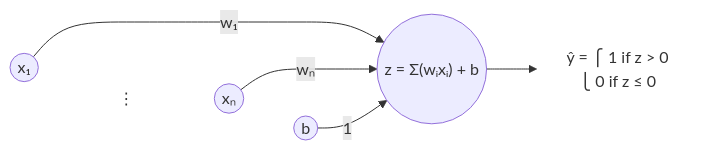
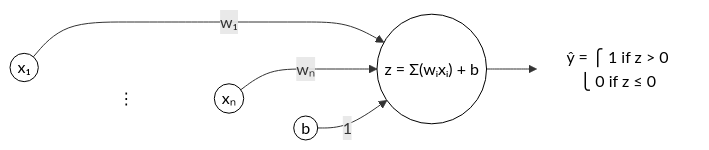
One commit to Ben-coder1/CMOR-438 changed the diagram in notebooks_and_data/perceptron/readme.md. Above: the diagram before and after it, drawn with Mermaid.

````diff
--- a/notebooks_and_data/perceptron/readme.md
+++ b/notebooks_and_data/perceptron/readme.md
@@ -39,28 +39,28 @@
 ```mermaid
 flowchart LR
-    %% Define a style for nodes without borders/backgrounds
-    classDef plain fill:none,stroke:none,shadow:none;
+    classDef tikzNode fill:#fff,stroke:#000,stroke-width:1px,color:#000;
+    classDef tikzText fill:none,stroke:none,color:#000;
 
-    %% Nodes
-    x1(("x₁"))
-    xn(("xₙ"))
-    b(("b"))
+    %% Input Nodes
+    x1((x₁)):::tikzNode
+    xn((xₙ)):::tikzNode
+    b((b)):::tikzNode
     
-    %% The ellipsis (⋮) uses the 'plain' style (free-standing)
-    dots["⋮"]:::plain
+    %% Vertical Ellipsis (Invisible background)
+    dots["⋮"]:::tikzText
 
-    %% Processing Unit
-    sum(("z = Σ(wᵢxᵢ) + b"))
+    %% Processing Node (Summation)
+    sum(("z = Σ(wᵢxᵢ) + b")):::tikzNode
     
-    %% Output formatted as aligned cases, using 'plain' style (no box)
-    y["ŷ = ⎧ 1   if  z > 0<br/>      ⎩ 0   if  z ≤ 0"]:::plain
+    %% Output (Math Case Format)
+    y["ŷ = ⎧ 1   if  z > 0<br/>      ⎩ 0   if  z ≤ 0"]:::tikzText
 
     %% Connections
     x1 -- "w₁" --> sum
     xn -- "wₙ" --> sum
     b -- "1" --> sum
     sum --> y
 
-    %% Force layout order (Vertical stacking)
+    %% Spacing Hack: Invisible links to force vertical alignment of inputs
     x1 ~~~ dots ~~~ xn ~~~ b
 ```
````
